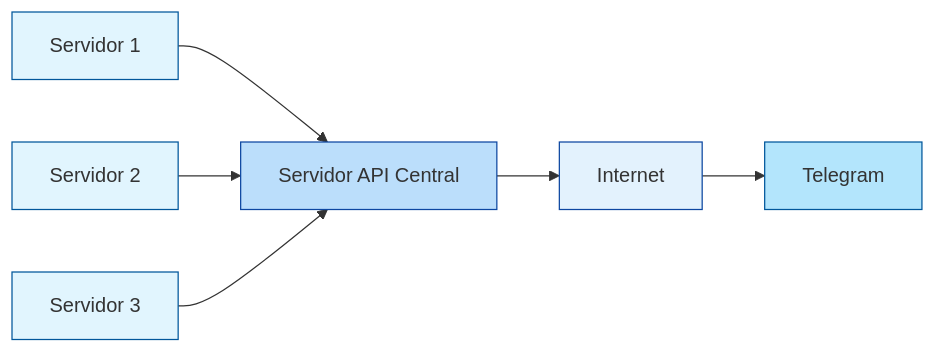
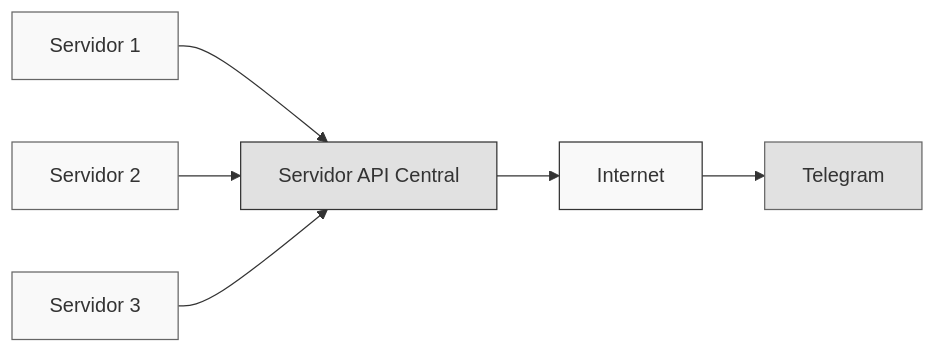
Before and after one commit to ssanchezhlg/bot_telegram_oficial: the diagram in README.md, drawn with Mermaid.

Commit message:
Corregido readme

````diff
--- a/README.md
+++ b/README.md
@@ -42,15 +42,15 @@
 ```mermaid
 graph LR
-    style A fill:#e1f5fe,stroke:#01579b
-    style B fill:#e1f5fe,stroke:#01579b
-    style C fill:#e1f5fe,stroke:#01579b
-    style D fill:#bbdefb,stroke:#0d47a1
-    style E fill:#e3f2fd,stroke:#0d47a1
-    style F fill:#b3e5fc,stroke:#01579b
+    style A fill:#f9f9f9,stroke:#666
+    style B fill:#f9f9f9,stroke:#666
+    style C fill:#f9f9f9,stroke:#666
+    style D fill:#e1e1e1,stroke:#333
+    style E fill:#f9f9f9,stroke:#333
+    style F fill:#e1e1e1,stroke:#666
     
     A[Servidor 1] --> D[Servidor API Central]
     B[Servidor 2] --> D
     C[Servidor 3] --> D
     D --> E[Internet]
     E --> F[Telegram]
 ```
````
